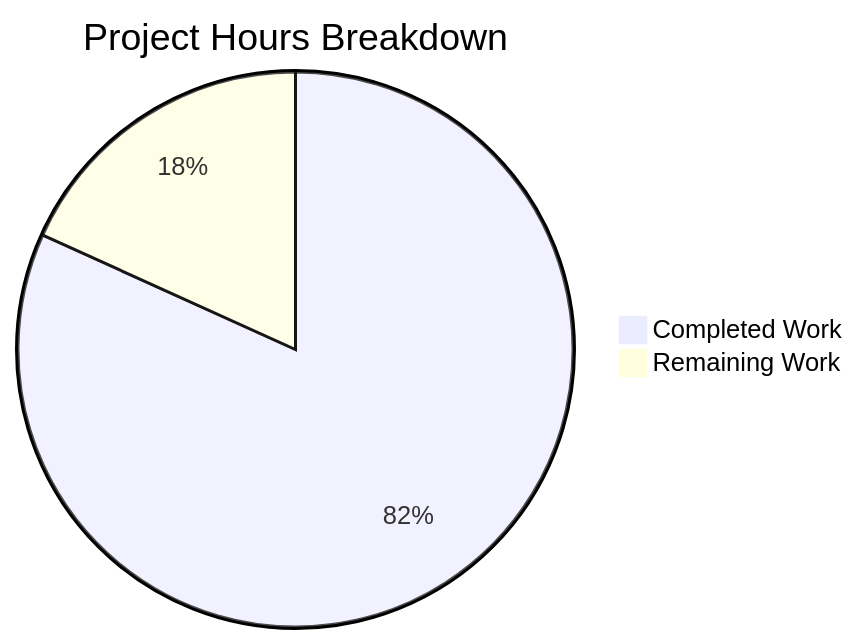
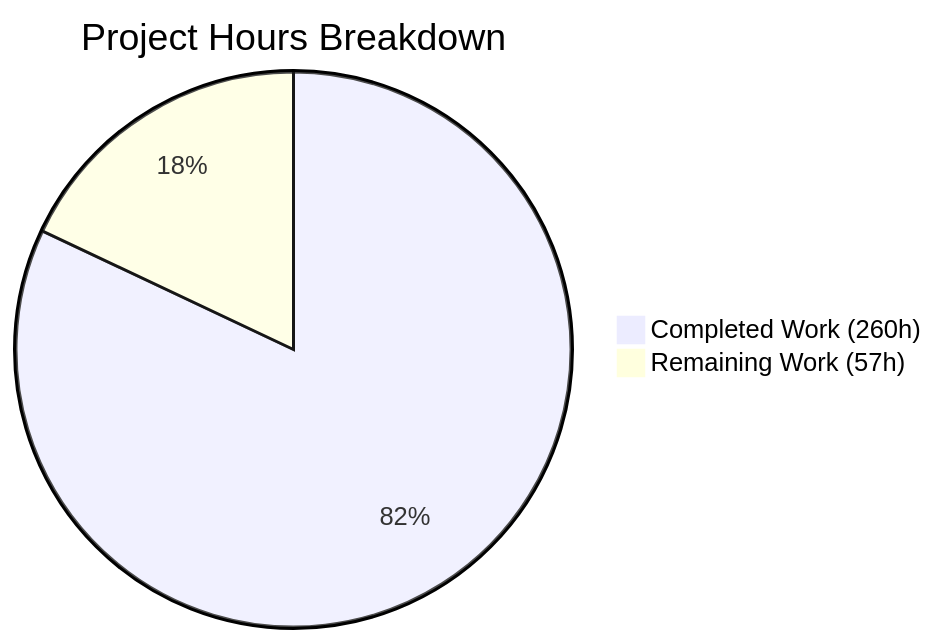
Before and after one commit to Blitzy-Sandbox/blitzy-wordpress: the second of 4 diagrams in blitzy/documentation/Project Guide.md, drawn with Mermaid. The commit also changed other lines of this file, not shown here.

Commit message:
Adding Blitzy Project Guide: Project Status and Human Tasks Remaining

````diff
--- a/blitzy/documentation/Project Guide.md
+++ b/blitzy/documentation/Project Guide.md
@@ -237,5 +233,5 @@
 ```mermaid
 pie title Project Hours Breakdown
-    "Completed Work" : 296
-    "Remaining Work" : 66
+    "Completed Work (260h)" : 260
+    "Remaining Work (57h)" : 57
 ```
````
